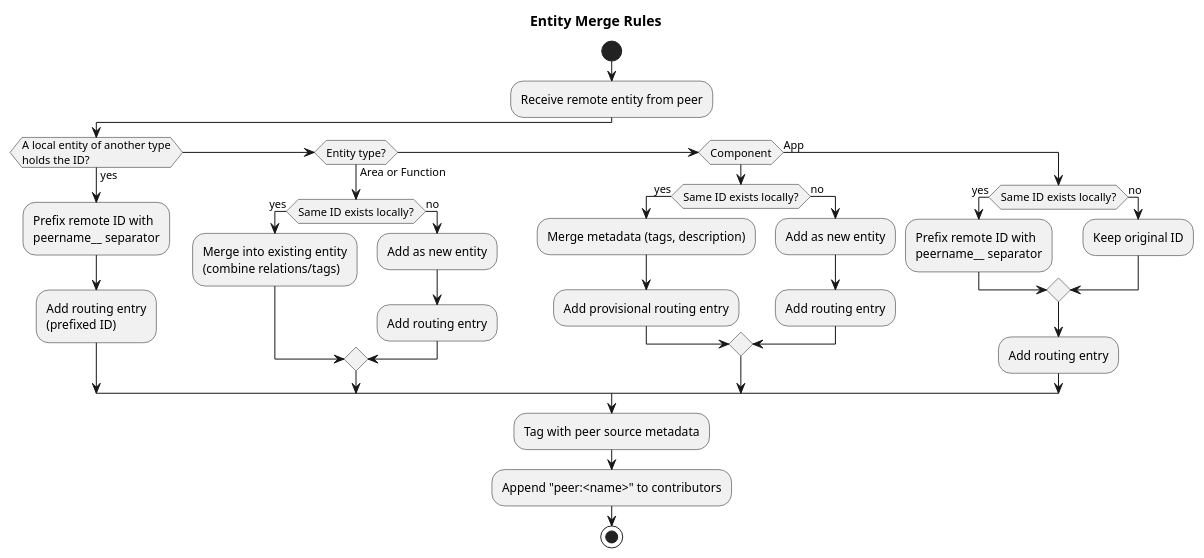
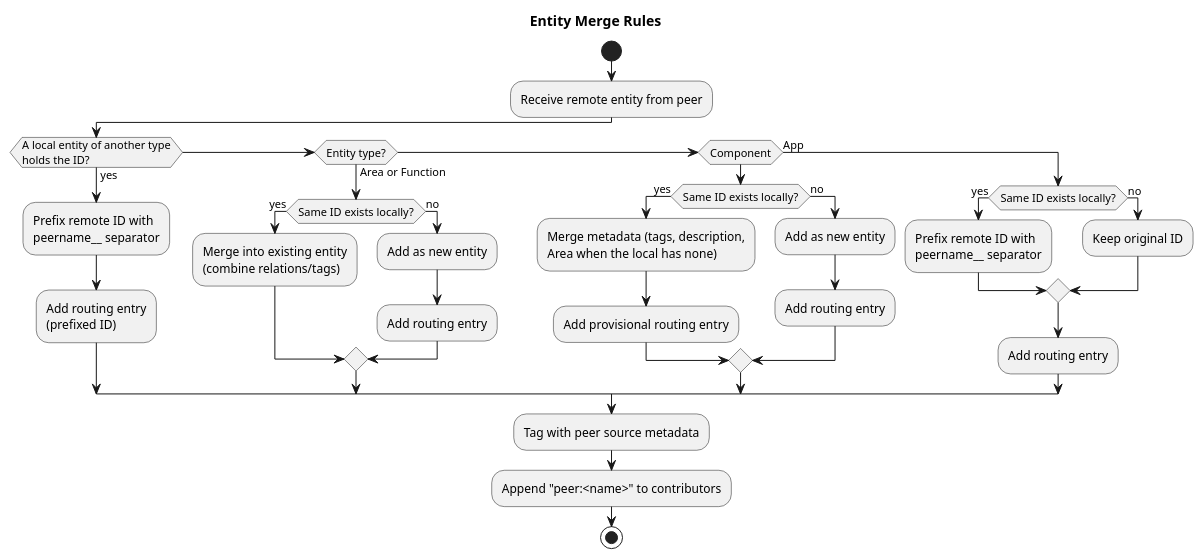
One commit to selfpatch/ros2_medkit changed the third of 5 diagrams in src/ros2_medkit_gateway/design/aggregation.rst. Above: the diagram before and after it, drawn with PlantUML. The commit also changed other lines of this file and 4 other files, not shown here.

```diff
--- a/src/ros2_medkit_gateway/design/aggregation.rst
+++ b/src/ros2_medkit_gateway/design/aggregation.rst
@@ -194,40 +194,40 @@
 .. plantuml::
    :caption: Entity Merge Logic by Type
 
    @startuml entity_merge
 
    title Entity Merge Rules
 
    start
    :Receive remote entity from peer;
    if (A local entity of another type\nholds the ID?) then (yes)
        :Prefix remote ID with\npeername__ separator;
        :Add routing entry\n(prefixed ID);
    elseif (Entity type?) then (Area or Function)
        if (Same ID exists locally?) then (yes)
            :Merge into existing entity\n(combine relations/tags);
        else (no)
            :Add as new entity;
            :Add routing entry;
        endif
    elseif (Component) then
        if (Same ID exists locally?) then (yes)
-           :Merge metadata (tags, description);
+           :Merge metadata (tags, description,\nArea when the local has none);
            :Add provisional routing entry;
        else (no)
            :Add as new entity;
            :Add routing entry;
        endif
    else (App)
        if (Same ID exists locally?) then (yes)
            :Prefix remote ID with\npeername__ separator;
        else (no)
            :Keep original ID;
        endif
        :Add routing entry;
    endif
    :Tag with peer source metadata;
    :Append "peer:<name>" to contributors;
    stop
 
    @enduml
```
